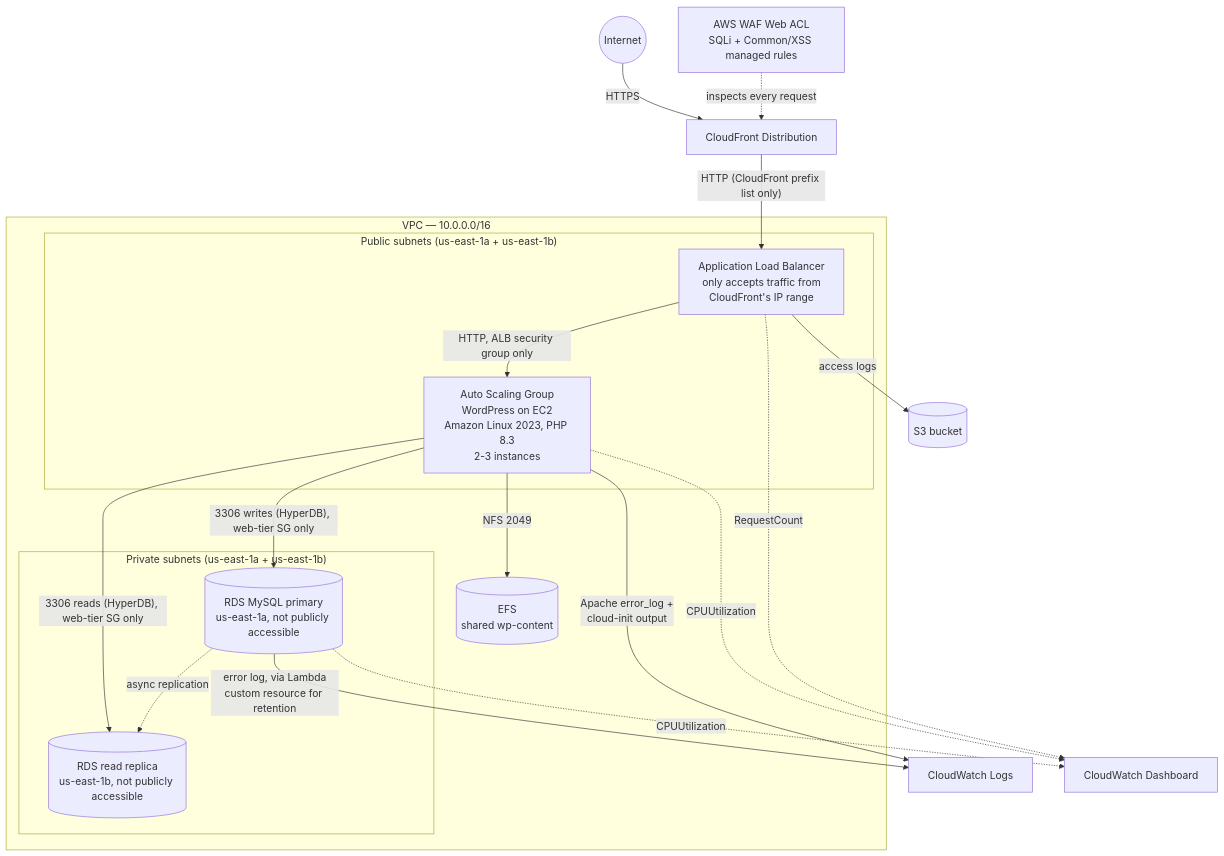
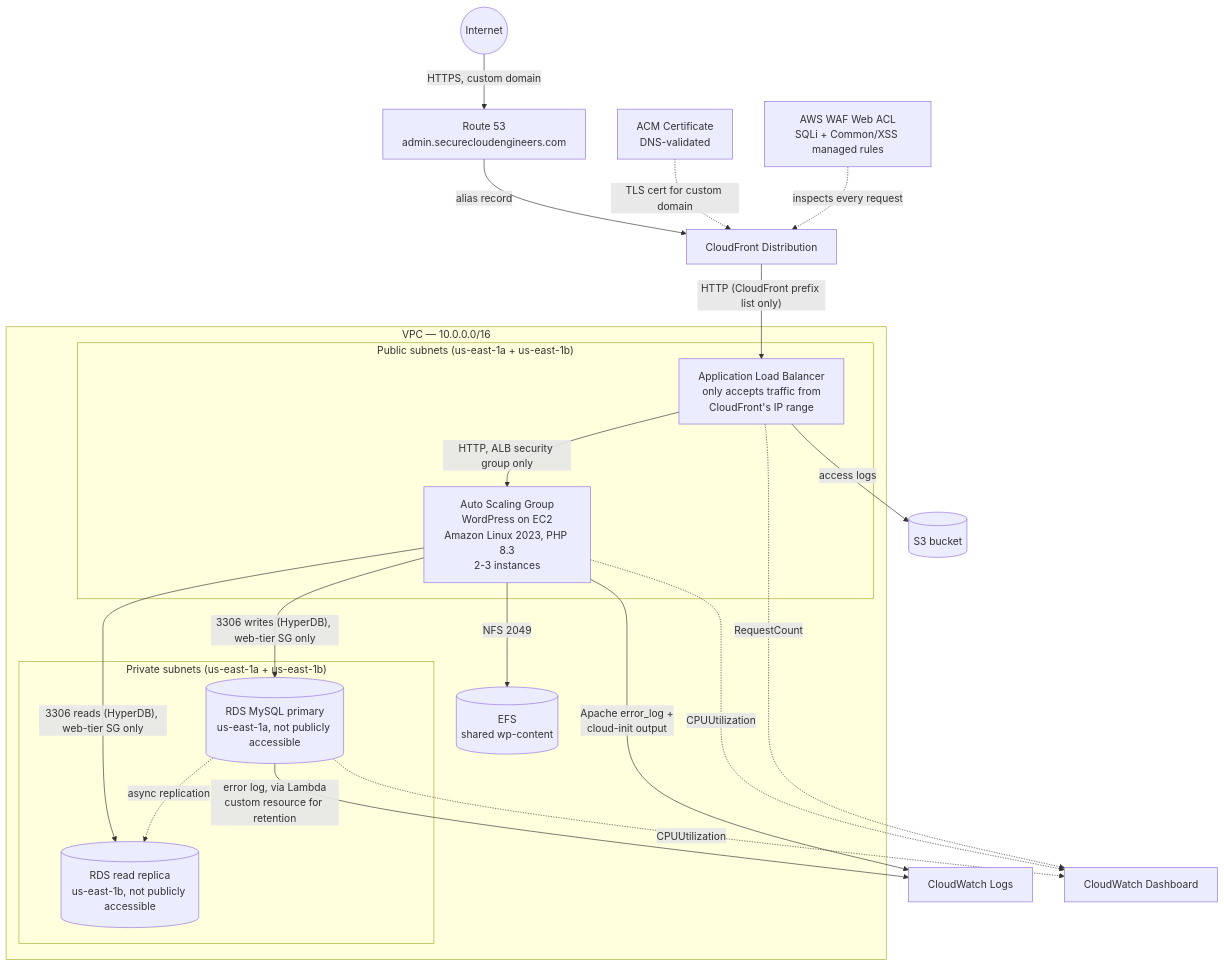
The first of 2 diagrams in README.md (bdahiya2007/three-tier-web-app-aws), drawn with Mermaid before and after one commit. The commit also changed other lines of this file and 2 other files, not shown here.

First line of the commit message:
Add custom domain (admin.securecloudengineers.com) via Route 53 + ACM

````diff
--- a/README.md
+++ b/README.md
@@ -25,35 +26,39 @@
 ```mermaid
 flowchart TB
     Internet((Internet))
+    R53[Route 53<br/>admin.securecloudengineers.com]
+    ACM[ACM Certificate<br/>DNS-validated]
     WAF[AWS WAF Web ACL<br/>SQLi + Common/XSS managed rules]
     CF[CloudFront Distribution]
 
     subgraph VPC["VPC — 10.0.0.0/16"]
         subgraph Public["Public subnets (us-east-1a + us-east-1b)"]
             ALB["Application Load Balancer<br/>only accepts traffic from<br/>CloudFront's IP range"]
             ASG["Auto Scaling Group<br/>WordPress on EC2<br/>Amazon Linux 2023, PHP 8.3<br/>2-3 instances"]
         end
         subgraph Private["Private subnets (us-east-1a + us-east-1b)"]
             RDS[("RDS MySQL primary<br/>us-east-1a, not publicly accessible")]
             Replica[("RDS read replica<br/>us-east-1b, not publicly accessible")]
         end
         EFS[("EFS<br/>shared wp-content")]
     end
 
-    Internet -->|HTTPS| CF
+    Internet -->|HTTPS, custom domain| R53
+    R53 -->|alias record| CF
+    ACM -.->|TLS cert for custom domain| CF
     WAF -.->|inspects every request| CF
     CF -->|"HTTP (CloudFront prefix list only)"| ALB
     ALB -->|HTTP, ALB security group only| ASG
     ASG -->|"3306 writes (HyperDB), web-tier SG only"| RDS
     ASG -->|"3306 reads (HyperDB), web-tier SG only"| Replica
     RDS -.->|async replication| Replica
     ASG -->|NFS 2049| EFS
 
     ALB -->|access logs| S3[(S3 bucket)]
     ASG -->|Apache error_log +<br/>cloud-init output| CWLogs[CloudWatch Logs]
     RDS -->|error log, via Lambda<br/>custom resource for retention| CWLogs
     CWDash[CloudWatch Dashboard]
     ASG -.->|CPUUtilization| CWDash
     RDS -.->|CPUUtilization| CWDash
     ALB -.->|RequestCount| CWDash
 ```
````
